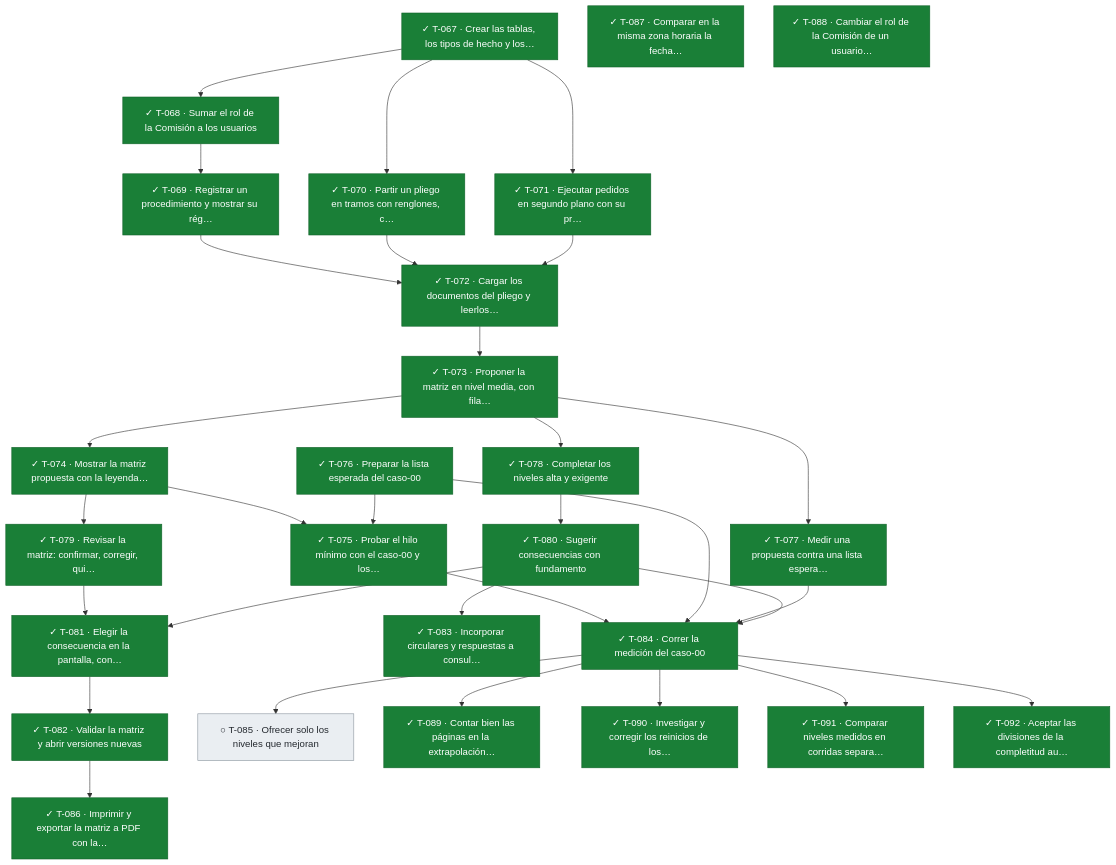
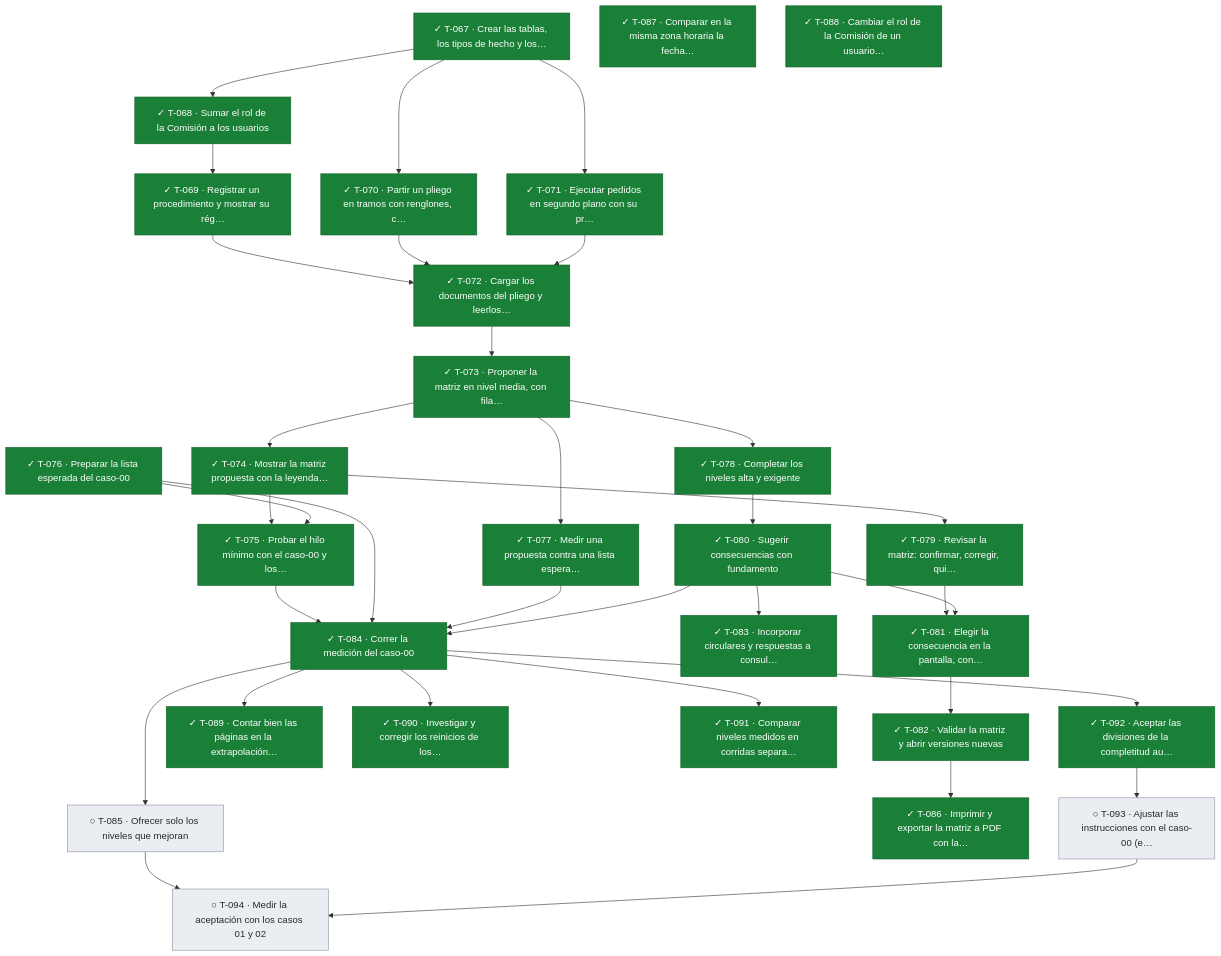
Before and after one commit to snavello/EVALUON: the fifth of 5 diagrams in docs/tablero.md, drawn with Mermaid. The commit also changed other lines of this file and 1 other file, not shown here.

````diff
--- a/docs/tablero.md
+++ b/docs/tablero.md
@@ -405,63 +407,68 @@
 ```mermaid
 flowchart TD
   T067["✓ T-067 · Crear las tablas, los tipos de hecho y los…"]:::done
   T068["✓ T-068 · Sumar el rol de la Comisión a los usuarios"]:::done
   T069["✓ T-069 · Registrar un procedimiento y mostrar su rég…"]:::done
   T070["✓ T-070 · Partir un pliego en tramos con renglones, c…"]:::done
   T071["✓ T-071 · Ejecutar pedidos en segundo plano con su pr…"]:::done
   T072["✓ T-072 · Cargar los documentos del pliego y leerlos…"]:::done
   T073["✓ T-073 · Proponer la matriz en nivel media, con fila…"]:::done
   T074["✓ T-074 · Mostrar la matriz propuesta con la leyenda…"]:::done
   T075["✓ T-075 · Probar el hilo mínimo con el caso-00 y los…"]:::done
   T076["✓ T-076 · Preparar la lista esperada del caso-00"]:::done
   T077["✓ T-077 · Medir una propuesta contra una lista espera…"]:::done
   T078["✓ T-078 · Completar los niveles alta y exigente"]:::done
   T079["✓ T-079 · Revisar la matriz: confirmar, corregir, qui…"]:::done
   T080["✓ T-080 · Sugerir consecuencias con fundamento"]:::done
   T081["✓ T-081 · Elegir la consecuencia en la pantalla, con…"]:::done
   T082["✓ T-082 · Validar la matriz y abrir versiones nuevas"]:::done
   T083["✓ T-083 · Incorporar circulares y respuestas a consul…"]:::done
   T084["✓ T-084 · Correr la medición del caso-00"]:::done
   T085["○ T-085 · Ofrecer solo los niveles que mejoran"]:::todo
   T086["✓ T-086 · Imprimir y exportar la matriz a PDF con la…"]:::done
   T087["✓ T-087 · Comparar en la misma zona horaria la fecha…"]:::done
   T088["✓ T-088 · Cambiar el rol de la Comisión de un usuario…"]:::done
   T089["✓ T-089 · Contar bien las páginas en la extrapolación…"]:::done
   T090["✓ T-090 · Investigar y corregir los reinicios de los…"]:::done
   T091["✓ T-091 · Comparar niveles medidos en corridas separa…"]:::done
   T092["✓ T-092 · Aceptar las divisiones de la completitud au…"]:::done
+  T093["○ T-093 · Ajustar las instrucciones con el caso-00 (e…"]:::todo
+  T094["○ T-094 · Medir la aceptación con los casos 01 y 02"]:::todo
   T067 --> T068
   T068 --> T069
   T067 --> T070
   T067 --> T071
   T069 --> T072
   T070 --> T072
   T071 --> T072
   T072 --> T073
   T073 --> T074
   T074 --> T075
   T076 --> T075
   T073 --> T077
   T073 --> T078
   T074 --> T079
   T078 --> T080
   T079 --> T081
   T080 --> T081
   T081 --> T082
   T080 --> T083
   T075 --> T084
   T076 --> T084
   T077 --> T084
   T080 --> T084
   T084 --> T085
   T082 --> T086
   T084 --> T089
   T084 --> T090
   T084 --> T091
   T084 --> T092
+  T092 --> T093
+  T085 --> T094
+  T093 --> T094
   classDef done fill:#1a7f37,stroke:#116329,color:#ffffff
   classDef review fill:#0969da,stroke:#0550ae,color:#ffffff
   classDef active fill:#bf8700,stroke:#7d4e00,color:#ffffff
   classDef blocked fill:#cf222e,stroke:#a40e26,color:#ffffff
   classDef todo fill:#eaeef2,stroke:#8c959f,color:#24292f
 ```
````
